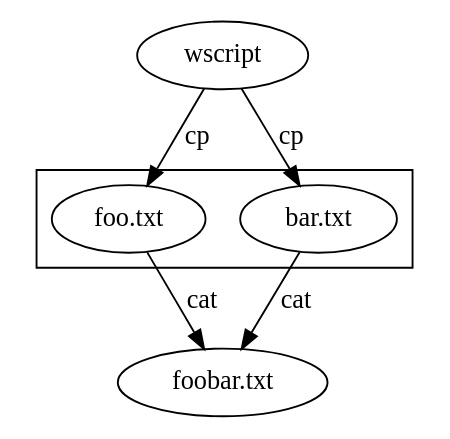
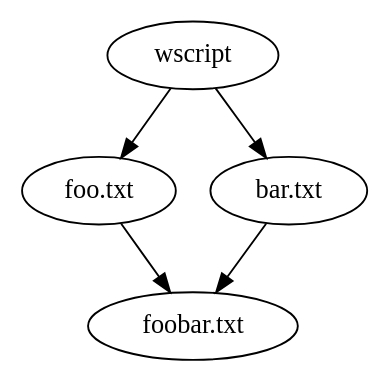
One commit to sillsdevarchive/wsiwaf changed the diagram in docs/book/manualtasks.dot. Above: the diagram before and after it, drawn with Graphviz. The commit also changed 1 other file, not shown here.

```diff
--- a/docs/book/manualtasks.dot
+++ b/docs/book/manualtasks.dot
@@ -1,18 +1,11 @@
 digraph G {
 
-	subgraph clusterA {
-		rank = same
-		foo     [label="foo.txt"]
-		bar     [label="bar.txt"]
-	}
-
+	foo     [label="foo.txt"]
+	bar     [label="bar.txt"]
 	wscript [label="wscript"]
 	foobar  [label="foobar.txt"]
-
-	// stupid graphviz does not support adding links to clusters
-	// clusterA -> foobar [label="cat"];
-	wscript -> foo [label="cp"];
-	wscript -> bar [label="cp"];
-	foo -> foobar [label="cat"];
-	bar -> foobar [label="cat"];
+	wscript -> foo;
+	wscript -> bar;
+	foo -> foobar;
+	bar -> foobar;
 }
```
